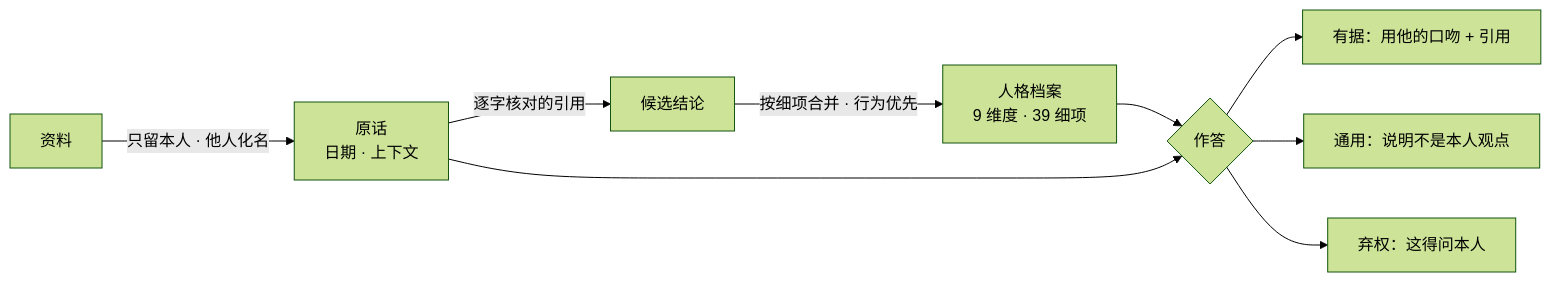
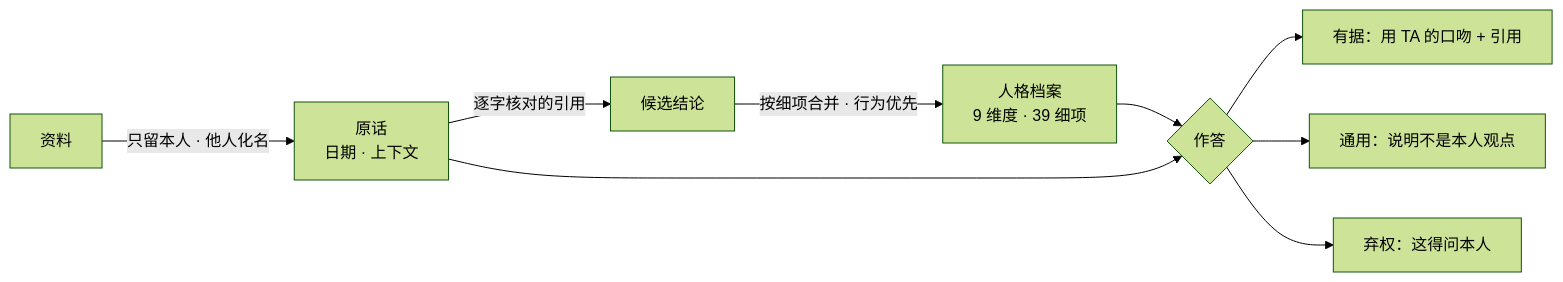
One commit to seasonsolt/twin changed the first of 2 diagrams in README.md. Above: the diagram before and after it, drawn with Mermaid (forest theme). The commit also changed other lines of this file and 10 other files, not shown here.

````diff
--- a/README.md
+++ b/README.md
@@ -112,11 +129,11 @@
 ```mermaid
 flowchart LR
   S[资料] -->|只留本人 · 他人化名| E[原话<br/>日期 · 上下文]
   E -->|逐字核对的引用| C[候选结论]
   C -->|按细项合并 · 行为优先| I[人格档案<br/>9 维度 · 39 细项]
   I --> Q{作答}
   E --> Q
-  Q --> G[有据：用他的口吻 + 引用]
+  Q --> G[有据：用 TA 的口吻 + 引用]
   Q --> N[通用：说明不是本人观点]
   Q --> A[弃权：这得问本人]
 ```
````
